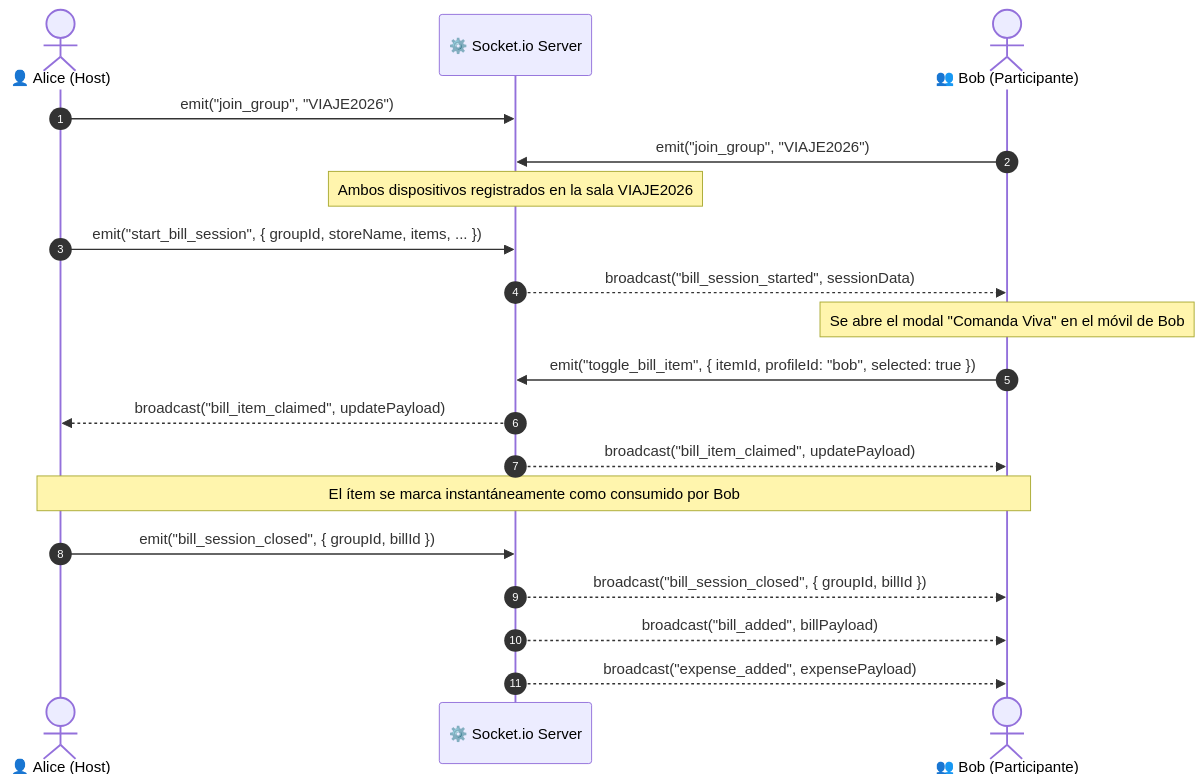
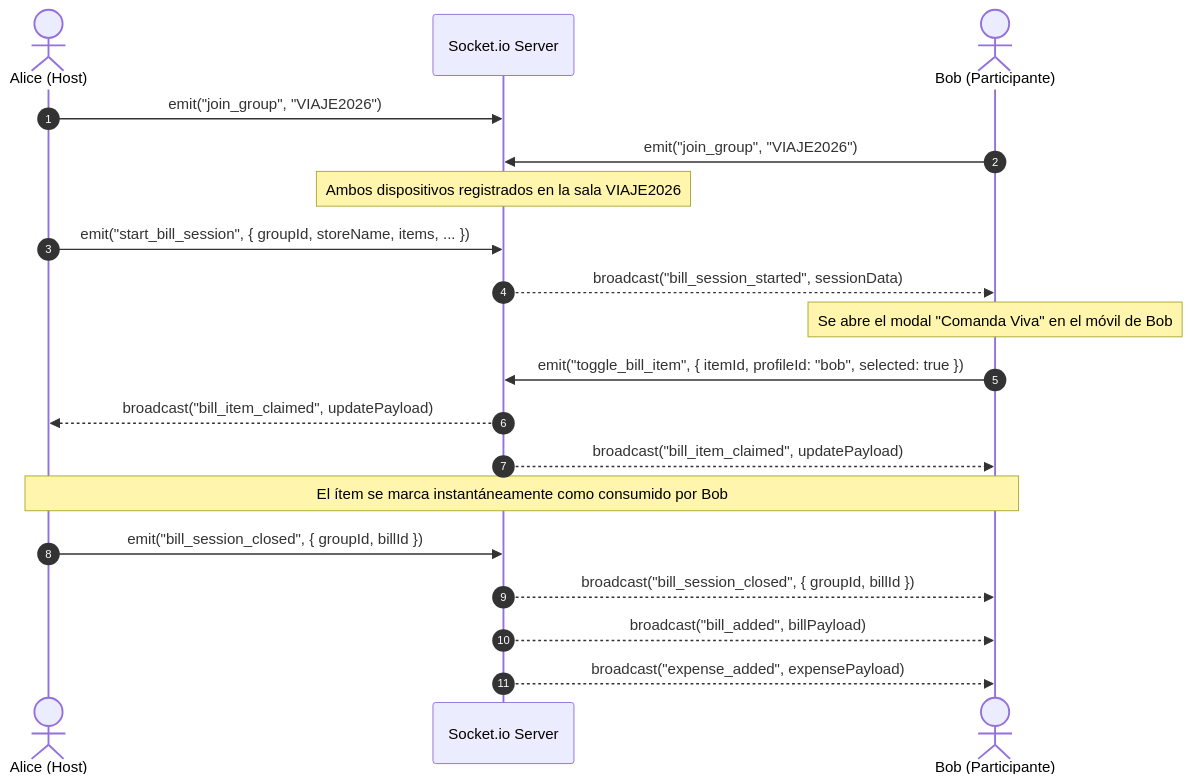
One commit to SebzSGC/Control-Gastos changed the diagram in docs/02_Backend/WebSockets-Eventos.md. Above: the diagram before and after it, drawn with Mermaid. The commit also changed other lines of this file and 16 other files, not shown here.

````diff
--- a/docs/02_Backend/WebSockets-Eventos.md
+++ b/docs/02_Backend/WebSockets-Eventos.md
@@ -20,25 +20,25 @@
 ```mermaid
 sequenceDiagram
     autonumber
-    actor Alice as 👤 Alice (Host)
-    participant Server as ⚙️ Socket.io Server
-    actor Bob as 👥 Bob (Participante)
+    actor Alice as Alice (Host)
+    participant Server as Socket.io Server
+    actor Bob as Bob (Participante)
 
     Alice->>Server: emit("join_group", "VIAJE2026")
     Bob->>Server: emit("join_group", "VIAJE2026")
     Note over Server: Ambos dispositivos registrados en la sala VIAJE2026
 
     Alice->>Server: emit("start_bill_session", { groupId, storeName, items, ... })
     Server-->>Bob: broadcast("bill_session_started", sessionData)
     Note over Bob: Se abre el modal "Comanda Viva" en el móvil de Bob
 
     Bob->>Server: emit("toggle_bill_item", { itemId, profileId: "bob", selected: true })
     Server-->>Alice: broadcast("bill_item_claimed", updatePayload)
     Server-->>Bob: broadcast("bill_item_claimed", updatePayload)
     Note over Alice,Bob: El ítem se marca instantáneamente como consumido por Bob
 
     Alice->>Server: emit("bill_session_closed", { groupId, billId })
     Server-->>Bob: broadcast("bill_session_closed", { groupId, billId })
     Server-->>Bob: broadcast("bill_added", billPayload)
     Server-->>Bob: broadcast("expense_added", expensePayload)
 ```
````
